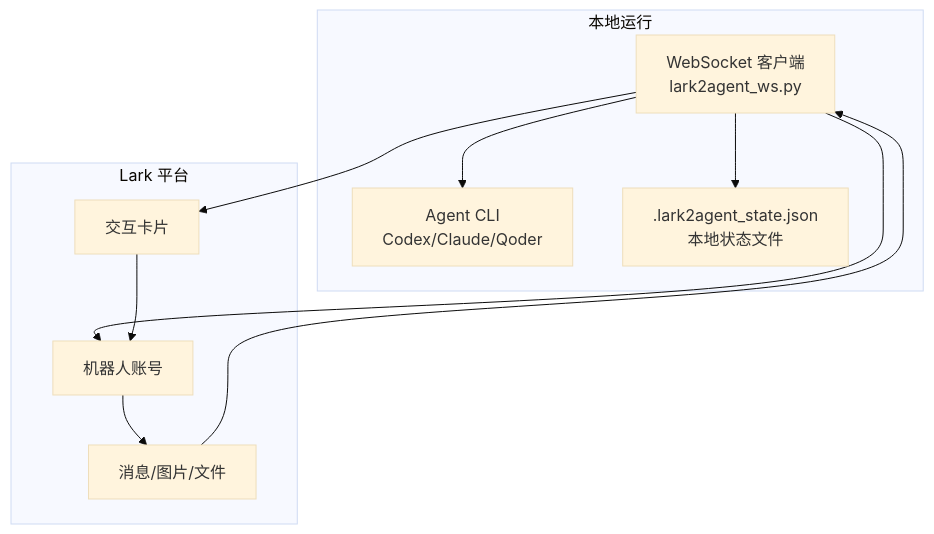
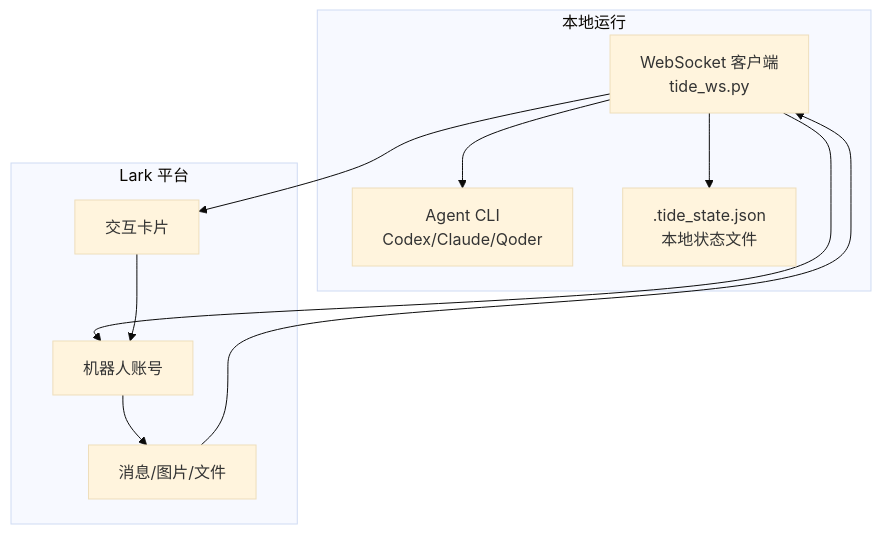
Before and after one commit to winditer/tide: the first of 8 diagrams in .qoder/repowiki/zh/content/API 参考/API 参考.md, drawn with Mermaid (base theme). The commit also changed other lines of this file and 260 other files, not shown here.

````diff
--- a/.qoder/repowiki/zh/content/API 参考/API 参考.md
+++ b/.qoder/repowiki/zh/content/API 参考/API 参考.md
@@ -36,20 +36,20 @@
 ```mermaid
 graph TB
 subgraph "本地运行"
-WS["WebSocket 客户端<br/>lark2agent_ws.py"]
+WS["WebSocket 客户端<br/>tide_ws.py"]
 CLI["Agent CLI<br/>Codex/Claude/Qoder"]
-FS[".lark2agent_state.json<br/>本地状态文件"]
+FS[".tide_state.json<br/>本地状态文件"]
 end
 subgraph "Lark 平台"
 BOT["机器人账号"]
 CARD["交互卡片"]
 MSG["消息/图片/文件"]
 end
 WS --> BOT
 BOT --> MSG
 MSG --> WS
 WS --> CARD
 CARD --> BOT
 WS --> CLI
 WS --> FS
 ```
````
